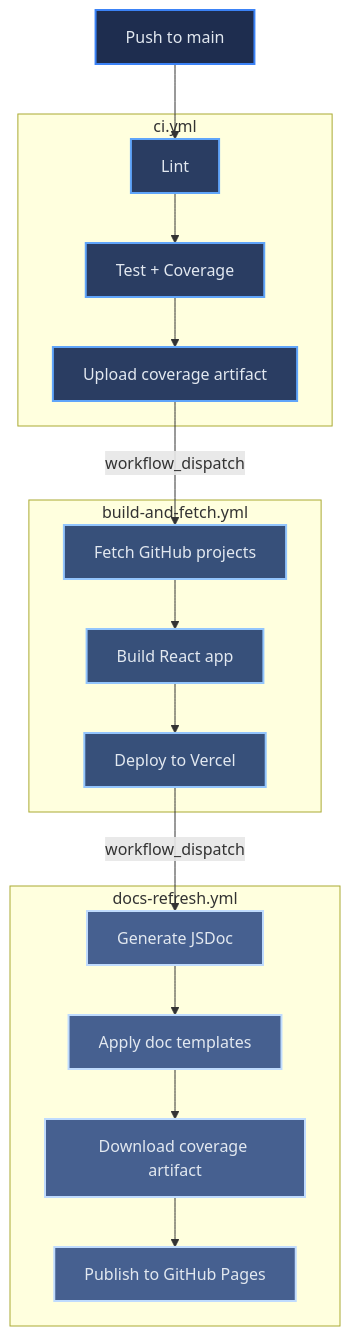
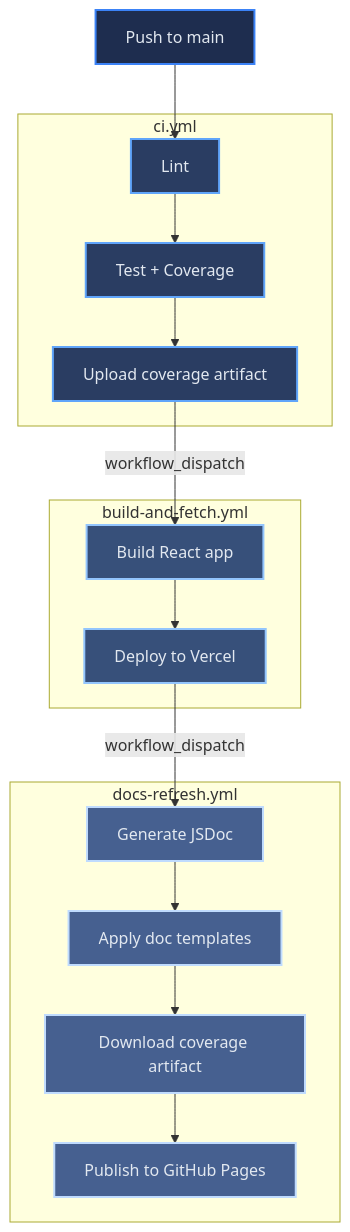
One commit to Keglev/my-portfolio changed the diagram in docs/architecture/ci-cd-pipeline.md. Above: the diagram before and after it, drawn with Mermaid. The commit also changed other lines of this file and 110 other files, not shown here.

First line of the commit message:
refactor(scripts): retire dead build-time GitHub fetch pipeline

````diff
--- a/docs/architecture/ci-cd-pipeline.md
+++ b/docs/architecture/ci-cd-pipeline.md
@@ -17,40 +19,39 @@
 ```mermaid
 flowchart TD
     Push["Push to main"]
 
     subgraph CI["ci.yml"]
         Lint["Lint"]
         Test["Test + Coverage"]
         Artifact["Upload coverage artifact"]
         Lint --> Test --> Artifact
     end
 
     subgraph BF["build-and-fetch.yml"]
-        FetchGH["Fetch GitHub projects"]
         BuildReact["Build React app"]
         VercelDeploy["Deploy to Vercel"]
-        FetchGH --> BuildReact --> VercelDeploy
+        BuildReact --> VercelDeploy
     end
 
     subgraph DR["docs-refresh.yml"]
         JSDoc["Generate JSDoc"]
         Templates["Apply doc templates"]
         Coverage["Download coverage artifact"]
         GHPages["Publish to GitHub Pages"]
         JSDoc --> Templates --> Coverage --> GHPages
     end
 
     Push --> Lint
-    Artifact -->|"workflow_dispatch"| FetchGH
+    Artifact -->|"workflow_dispatch"| BuildReact
     VercelDeploy -->|"workflow_dispatch"| JSDoc
 
     class Push l1
     class Lint,Test,Artifact l2
-    class FetchGH,BuildReact,VercelDeploy l3
+    class BuildReact,VercelDeploy l3
     class JSDoc,Templates,Coverage,GHPages l4
 
     classDef l1 fill:#1e2d4f,stroke:#3B82F6,stroke-width:2px,color:#E2E8F0
     classDef l2 fill:#2a3d62,stroke:#60A5FA,stroke-width:2px,color:#E2E8F0
     classDef l3 fill:#37507a,stroke:#93C5FD,stroke-width:2px,color:#E2E8F0
     classDef l4 fill:#466090,stroke:#BFDBFE,stroke-width:2px,color:#E2E8F0
 ```
````
